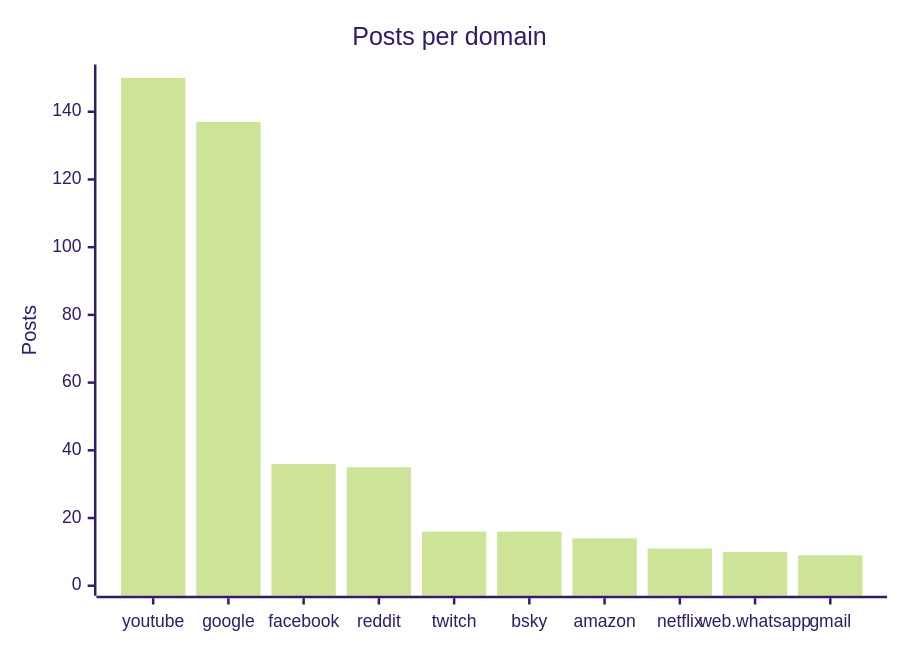
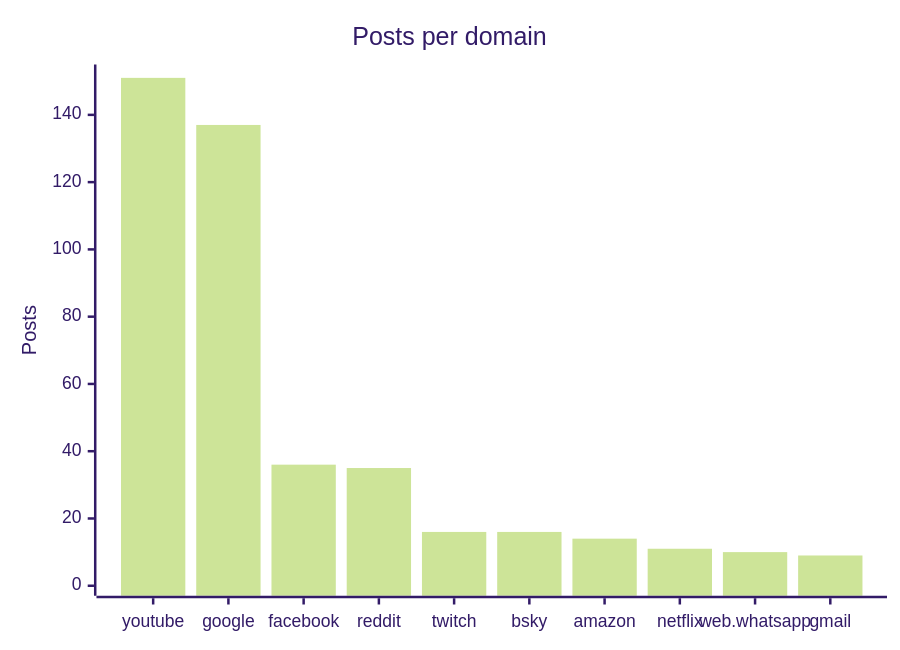
One commit to martinbalfanz/social-scanner-reports changed the fourth of 4 diagrams in README.md. Above: the diagram before and after it, drawn with Mermaid (forest theme). The commit also changed other lines of this file and 4 other files, not shown here.

````diff
--- a/README.md
+++ b/README.md
@@ -58,7 +58,7 @@
 ```mermaid
 xychart-beta
     title "Posts per domain"
     x-axis ["youtube", "google", "facebook", "reddit", "twitch", "bsky", "amazon", "netflix", "web.whatsapp", "gmail"]
-    y-axis "Posts" 0 --> 151
-    bar [150, 137, 36, 35, 16, 16, 14, 11, 10, 9]
+    y-axis "Posts" 0 --> 152
+    bar [151, 137, 36, 35, 16, 16, 14, 11, 10, 9]
 ```
````
